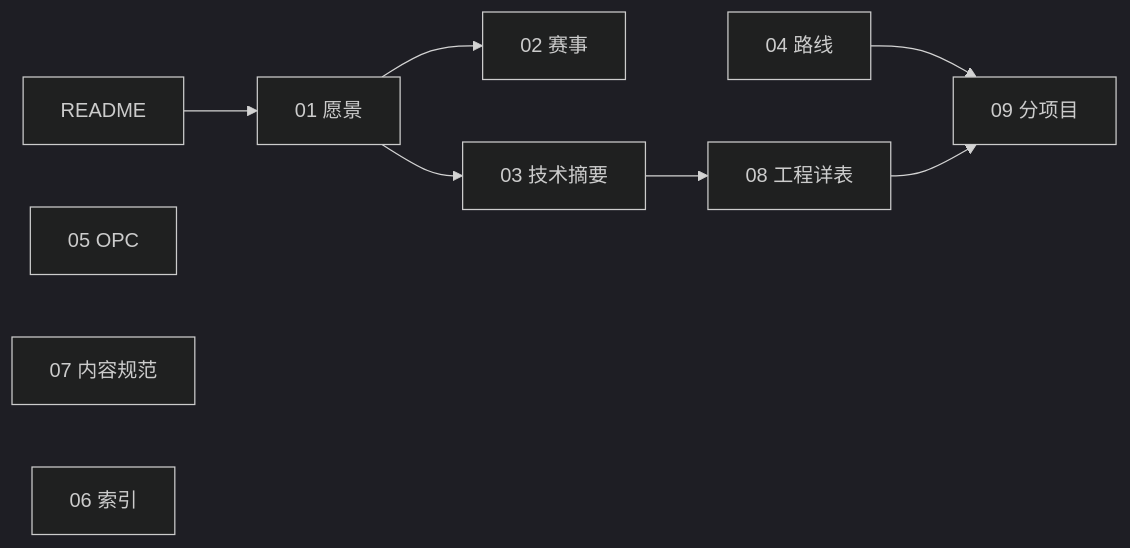
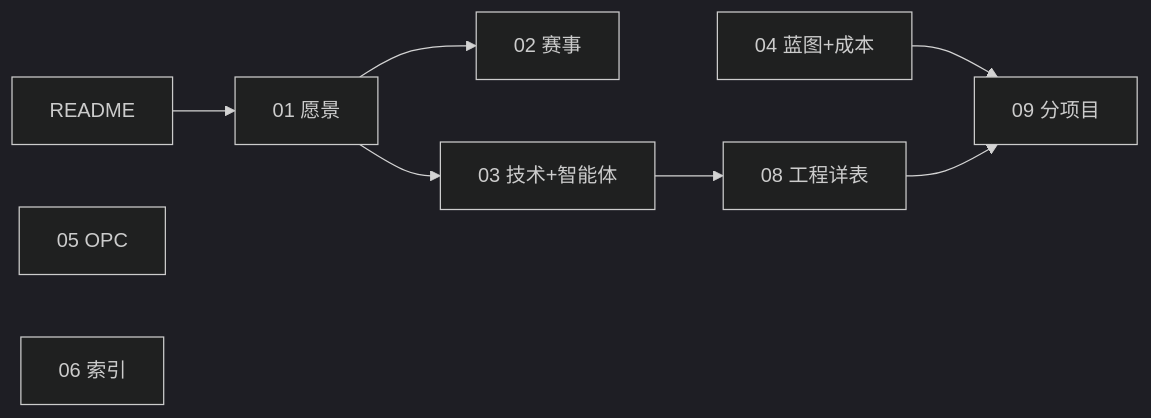
The diagram in 00-项目全景与目录结构.md (lamasaga/businessmatch-v1), drawn with Mermaid (dark theme) before and after one commit. The commit also changed other lines of this file and 141 other files, not shown here.

````diff
--- a/00-项目全景与目录结构.md
+++ b/00-项目全景与目录结构.md
@@ -48,12 +61,11 @@
 ```mermaid
 flowchart LR
   R[README] --> A01[01 愿景]
   A01 --> A02[02 赛事]
-  A01 --> A03[03 技术摘要]
+  A01 --> A03[03 技术+智能体]
   A03 --> A08[08 工程详表]
-  A04[04 路线] --> A09[09 分项目]
+  A04[04 蓝图+成本] --> A09[09 分项目]
   A08 --> A09
   A05[05 OPC]
-  A07[07 内容规范]
   A06[06 索引]
 ```
````
